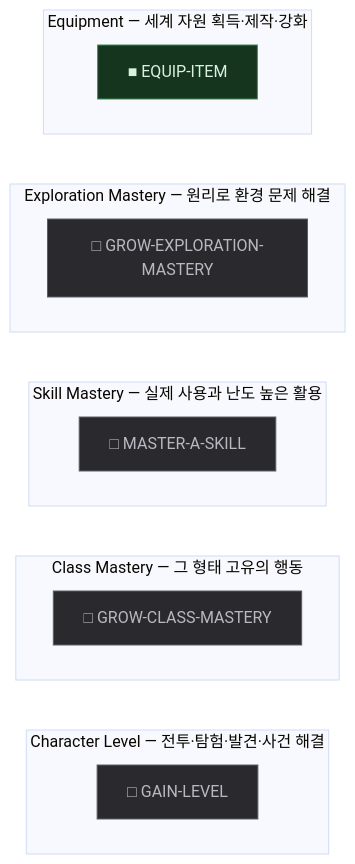
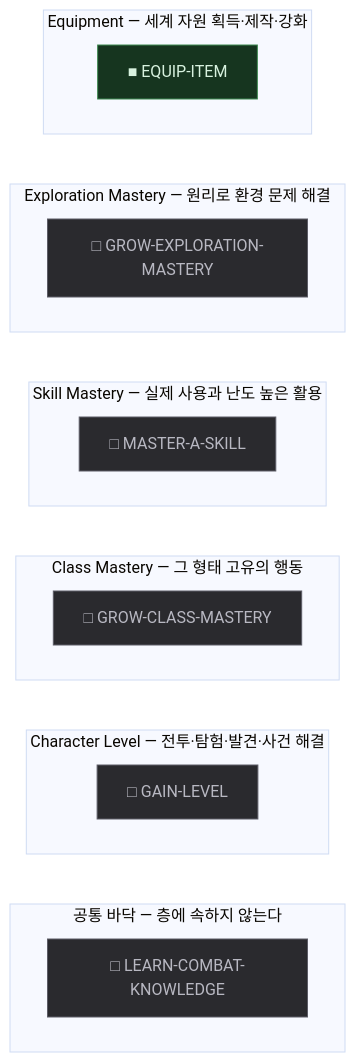
Before and after one commit to dkwkekzz/HktFramework: diagram 15 of 17 in HktAdvProtoH/content/proto-adventure/master/graph/GRAPH.md, drawn with Mermaid (base theme). The commit also changed other lines of this file and 17 other files, not shown here.

````diff
--- a/HktAdvProtoH/content/proto-adventure/master/graph/GRAPH.md
+++ b/HktAdvProtoH/content/proto-adventure/master/graph/GRAPH.md
@@ -567,31 +574,35 @@
 ```mermaid
 flowchart TB
   subgraph SEG0 ["Equipment — 세계 자원 획득·제작·강화"]
     N0["■ EQUIP-ITEM"]
   end
   subgraph SEG1 ["Exploration Mastery — 원리로 환경 문제 해결"]
     N1["□ GROW-EXPLORATION-MASTERY"]
   end
   subgraph SEG2 ["Skill Mastery — 실제 사용과 난도 높은 활용"]
     N2["□ MASTER-A-SKILL"]
   end
   subgraph SEG3 ["Class Mastery — 그 형태 고유의 행동"]
     N3["□ GROW-CLASS-MASTERY"]
   end
   subgraph SEG4 ["Character Level — 전투·탐험·발견·사건 해결"]
     N4["□ GAIN-LEVEL"]
   end
+  subgraph SEGBASE ["공통 바닥 — 층에 속하지 않는다"]
+    N5["□ LEARN-COMBAT-KNOWLEDGE"]
+  end
   SEG0 ~~~ SEG1
   SEG1 ~~~ SEG2
   SEG2 ~~~ SEG3
   SEG3 ~~~ SEG4
+  SEG4 ~~~ SEGBASE
 
   classDef impl fill:#16351f,stroke:#3f8a52,color:#d8f2df;
   classDef part fill:#3a3315,stroke:#9a8a2e,color:#f2ecd0;
   classDef miss fill:#2a2a2e,stroke:#5c5c66,color:#b8b8c2;
   classDef implS fill:#16351f,stroke:#3f8a52,color:#d8f2df,stroke-dasharray:5 4;
   classDef partS fill:#3a3315,stroke:#9a8a2e,color:#f2ecd0,stroke-dasharray:5 4;
   classDef missS fill:#2a2a2e,stroke:#5c5c66,color:#b8b8c2,stroke-dasharray:5 4;
   class N0 impl;
-  class N1,N2,N3,N4 miss;
+  class N1,N2,N3,N4,N5 miss;
 ```
````
